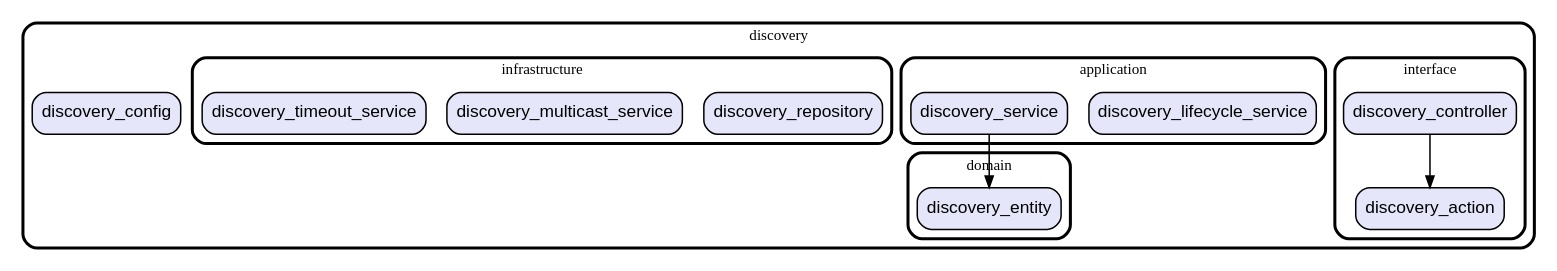
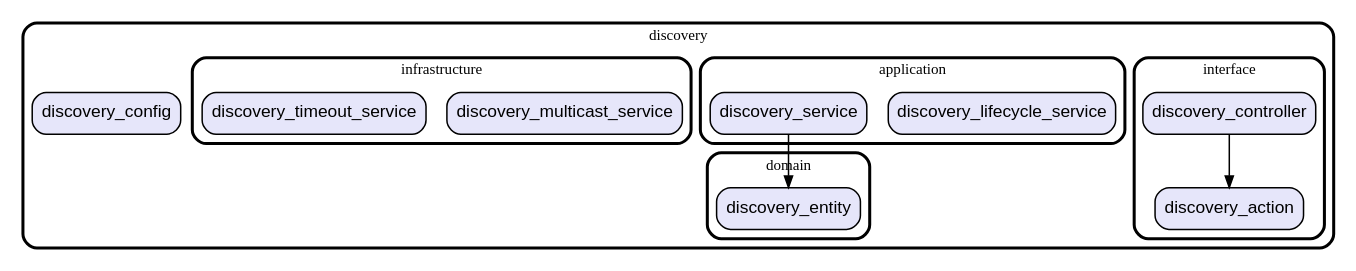
Before and after one commit to gev/reacthome-mobile: the diagram in graph/lib/features/discovery.dot, drawn with Graphviz. The commit also changed 22 other files, not shown here.

Commit message:
update dependencies graph

```diff
--- a/graph/lib/features/discovery.dot
+++ b/graph/lib/features/discovery.dot
@@ -1,40 +1,38 @@
 digraph "" {
   graph [style=rounded fontname="Arial Black" fontsize=13 penwidth=2.6];
   node [shape=rect style="filled,rounded" fontname=Arial fontsize=15 fillcolor=Lavender penwidth=1.3];
   edge [penwidth=1.3];
   "/interface/discovery_controller.dart" [label="discovery_controller"];
   "/interface/discovery_action.dart" [label="discovery_action"];
   "/discovery_config.dart" [label="discovery_config"];
   "/application/discovery_lifecycle_service.dart" [label="discovery_lifecycle_service"];
   "/application/discovery_service.dart" [label="discovery_service"];
-  "/infrastructure/discovery_repository.dart" [label="discovery_repository"];
   "/infrastructure/discovery_multicast_service.dart" [label="discovery_multicast_service"];
   "/infrastructure/discovery_timeout_service.dart" [label="discovery_timeout_service"];
   "/domain/discovery_entity.dart" [label="discovery_entity"];
   subgraph "cluster~" {
     label="discovery";
     "/discovery_config.dart";
     subgraph "cluster~/interface" {
       label="interface";
       "/interface/discovery_controller.dart";
       "/interface/discovery_action.dart";
     }
     subgraph "cluster~/application" {
       label="application";
       "/application/discovery_lifecycle_service.dart";
       "/application/discovery_service.dart";
     }
     subgraph "cluster~/infrastructure" {
       label="infrastructure";
-      "/infrastructure/discovery_repository.dart";
       "/infrastructure/discovery_multicast_service.dart";
       "/infrastructure/discovery_timeout_service.dart";
     }
     subgraph "cluster~/domain" {
       label="domain";
       "/domain/discovery_entity.dart";
     }
   }
   "/interface/discovery_controller.dart" -> "/interface/discovery_action.dart";
   "/application/discovery_service.dart" -> "/domain/discovery_entity.dart";
 }
```
